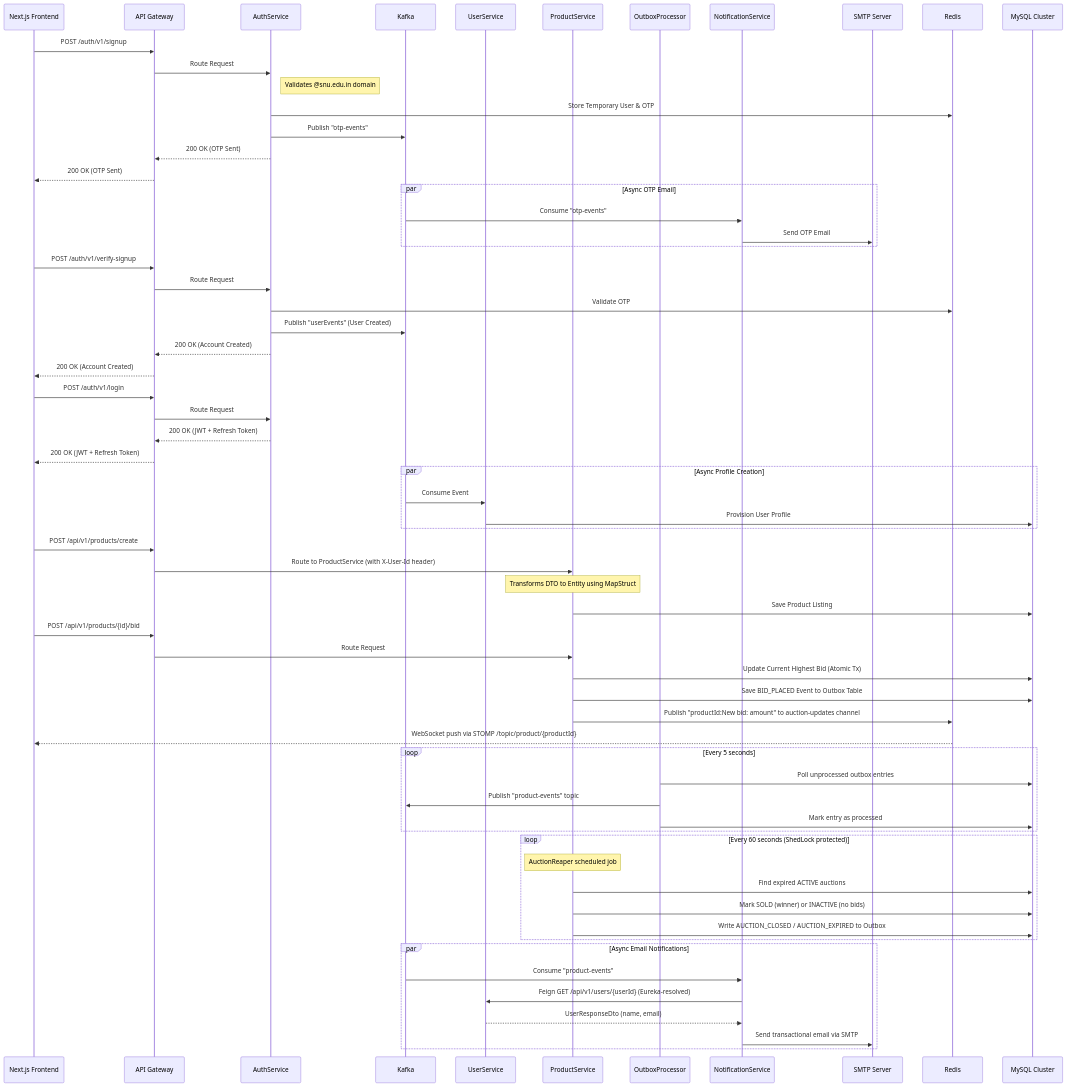
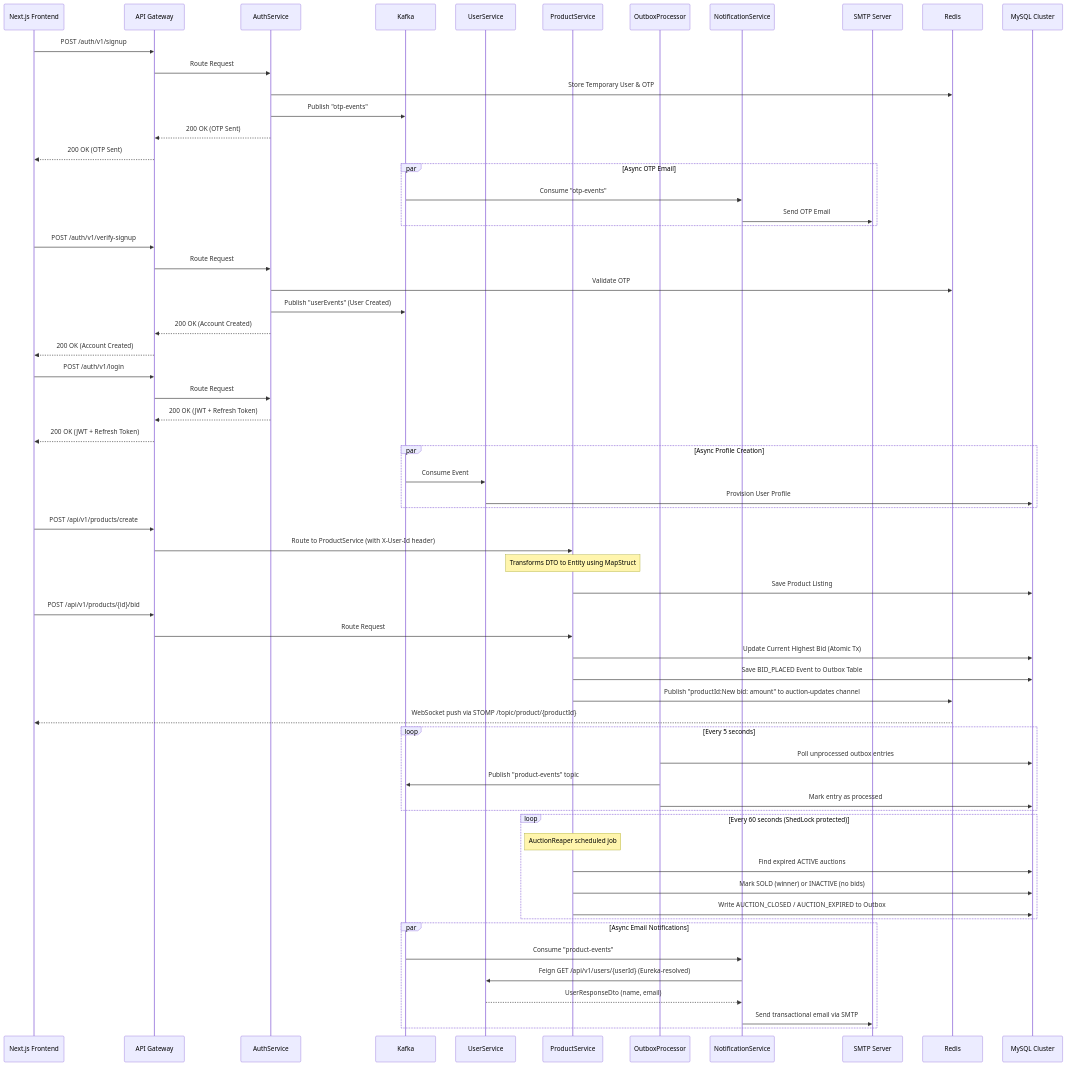
One commit to Arnav05-cyber/AuctionU changed the diagram in README.md. Above: the diagram before and after it, drawn with Mermaid. The commit also changed other lines of this file and 3 other files, not shown here.

Commit message:
feat: remove @snu.edu.in email restriction, allow any email for signup

````diff
--- a/README.md
+++ b/README.md
@@ -9,76 +9,75 @@
 ```mermaid
 sequenceDiagram
     participant UI as Next.js Frontend
     participant Gateway as API Gateway
     participant AuthService
     participant Kafka
     participant UserService
     participant ProductService as ProductService
     participant OutboxProcessor
     participant NotificationService
     participant MailServer as SMTP Server
     participant Redis
     participant Database as MySQL Cluster
 
-    UI->>Gateway: POST /auth/v1/signup 
+    UI->>Gateway: POST /auth/v1/signup
     Gateway->>AuthService: Route Request
-    Note right of AuthService: Validates @snu.edu.in domain
     AuthService->>Redis: Store Temporary User & OTP
     AuthService->>Kafka: Publish "otp-events"
     AuthService-->>Gateway: 200 OK (OTP Sent)
     Gateway-->>UI: 200 OK (OTP Sent)
 
     par Async OTP Email
         Kafka->>NotificationService: Consume "otp-events"
         NotificationService->>MailServer: Send OTP Email
     end
 
     UI->>Gateway: POST /auth/v1/verify-signup
     Gateway->>AuthService: Route Request
     AuthService->>Redis: Validate OTP
     AuthService->>Kafka: Publish "userEvents" (User Created)
     AuthService-->>Gateway: 200 OK (Account Created)
     Gateway-->>UI: 200 OK (Account Created)
 
     UI->>Gateway: POST /auth/v1/login
     Gateway->>AuthService: Route Request
     AuthService-->>Gateway: 200 OK (JWT + Refresh Token)
     Gateway-->>UI: 200 OK (JWT + Refresh Token)
 
     par Async Profile Creation
         Kafka->>UserService: Consume Event
         UserService->>Database: Provision User Profile
     end
 
     UI->>Gateway: POST /api/v1/products/create
     Gateway->>ProductService: Route to ProductService (with X-User-Id header)
     Note over ProductService: Transforms DTO to Entity using MapStruct
     ProductService->>Database: Save Product Listing
 
     UI->>Gateway: POST /api/v1/products/{id}/bid
     Gateway->>ProductService: Route Request
     ProductService->>Database: Update Current Highest Bid (Atomic Tx)
     ProductService->>Database: Save BID_PLACED Event to Outbox Table
     ProductService->>Redis: Publish "productId:New bid: amount" to auction-updates channel
     Redis-->>UI: WebSocket push via STOMP /topic/product/{productId}
 
     loop Every 5 seconds
         OutboxProcessor->>Database: Poll unprocessed outbox entries
         OutboxProcessor->>Kafka: Publish "product-events" topic
         OutboxProcessor->>Database: Mark entry as processed
     end
 
     loop Every 60 seconds (ShedLock protected)
         Note over ProductService: AuctionReaper scheduled job
         ProductService->>Database: Find expired ACTIVE auctions
         ProductService->>Database: Mark SOLD (winner) or INACTIVE (no bids)
         ProductService->>Database: Write AUCTION_CLOSED / AUCTION_EXPIRED to Outbox
     end
 
     par Async Email Notifications
         Kafka->>NotificationService: Consume "product-events"
         NotificationService->>UserService: Feign GET /api/v1/users/{userId} (Eureka-resolved)
         UserService-->>NotificationService: UserResponseDto (name, email)
         NotificationService->>MailServer: Send transactional email via SMTP
     end
 ```
````
